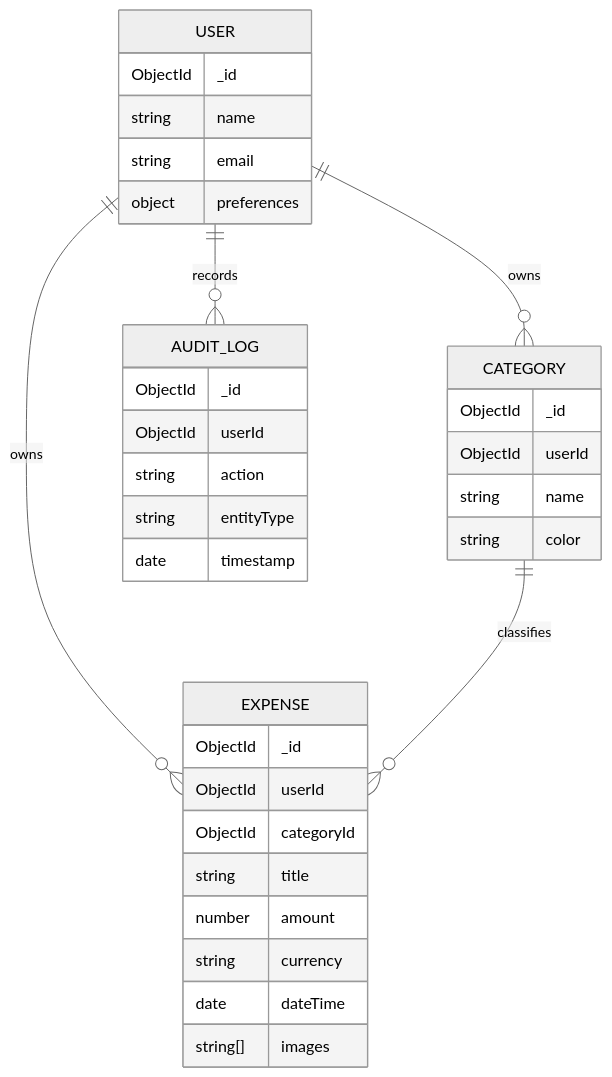
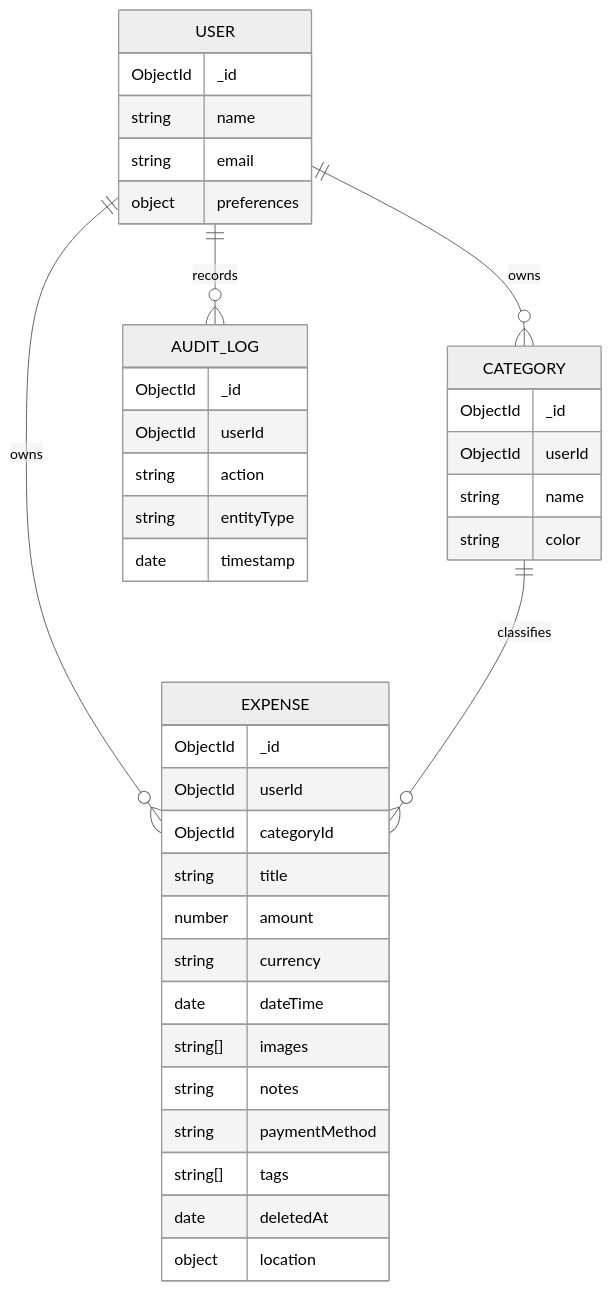
Before and after one commit to bharatbhusal/track-my-biryani: the diagram in docs/DATABASE_SCHEMA.md, drawn with Mermaid (neutral theme). The commit also changed other lines of this file and 53 other files, not shown here.

````diff
--- a/docs/DATABASE_SCHEMA.md
+++ b/docs/DATABASE_SCHEMA.md
@@ -30,40 +35,45 @@
 ```mermaid
 erDiagram
   USER ||--o{ CATEGORY : owns
   USER ||--o{ EXPENSE : owns
   USER ||--o{ AUDIT_LOG : records
   CATEGORY ||--o{ EXPENSE : classifies
 
   USER {
     ObjectId _id
     string name
     string email
     object preferences
   }
 
   CATEGORY {
     ObjectId _id
     ObjectId userId
     string name
     string color
   }
 
   EXPENSE {
     ObjectId _id
     ObjectId userId
     ObjectId categoryId
     string title
     number amount
     string currency
     date dateTime
     string[] images
+    string notes
+    string paymentMethod
+    string[] tags
+    date deletedAt
+    object location
   }
 
   AUDIT_LOG {
     ObjectId _id
     ObjectId userId
     string action
     string entityType
     date timestamp
   }
 ```
````
